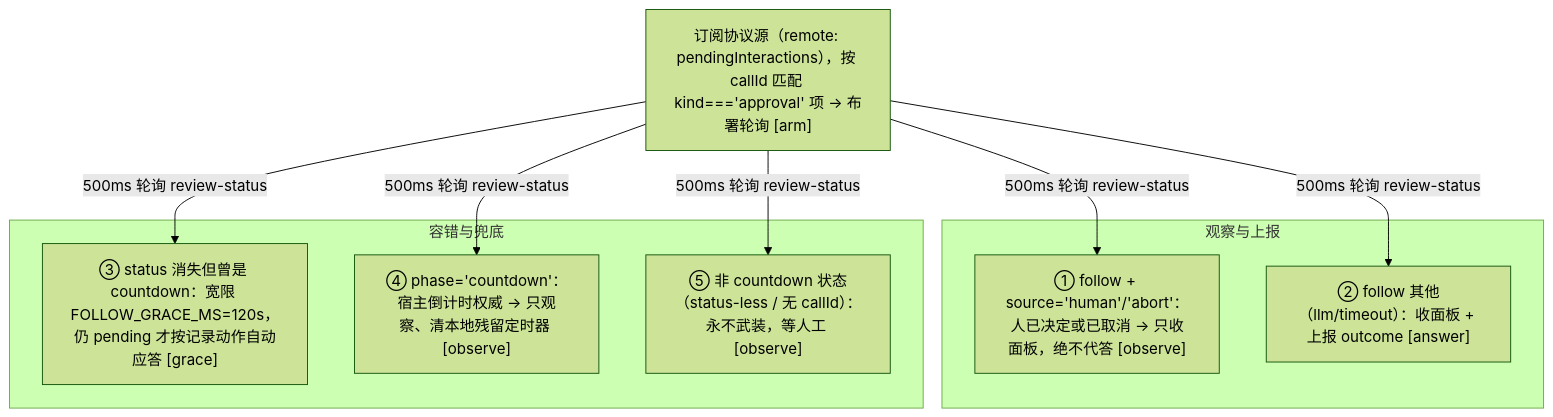
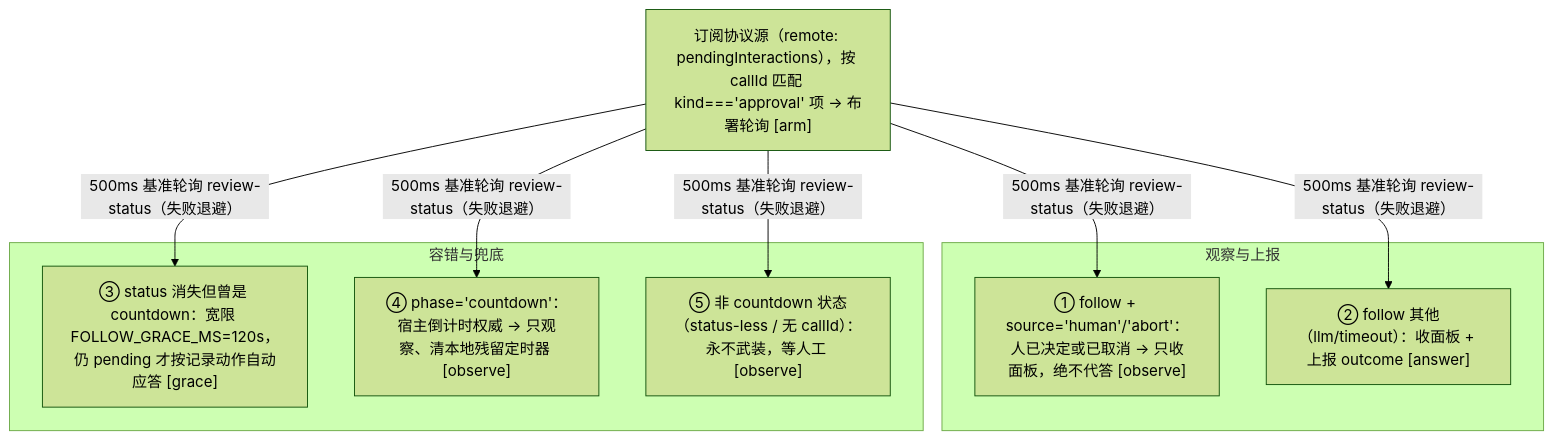
The diagram in docs/10-client-ui.md (cuddly-guacamole/dsh-auto-approval-llm), drawn with Mermaid (forest theme) before and after one commit. The commit also changed other lines of this file and 4 other files, not shown here.

````diff
--- a/docs/10-client-ui.md
+++ b/docs/10-client-ui.md
@@ -23,18 +23,18 @@
 ```mermaid
 flowchart TD
     A["订阅协议源（remote: pendingInteractions），按 callId 匹配 kind==='approval' 项 → 布署轮询 [arm]"]
-    A -->|500ms 轮询 review-status| B1["① follow + source='human'/'abort'：人已决定或已取消 → 只收面板，绝不代答 [observe]"]
-    A -->|500ms 轮询 review-status| B2["② follow 其他（llm/timeout）：收面板 + 上报 outcome [answer]"]
-    A -->|500ms 轮询 review-status| B3["③ status 消失但曾是 countdown：宽限 FOLLOW_GRACE_MS=120s，仍 pending 才按记录动作自动应答 [grace]"]
-    A -->|500ms 轮询 review-status| B4["④ phase='countdown'：宿主倒计时权威 → 只观察、清本地残留定时器 [observe]"]
-    A -->|500ms 轮询 review-status| B5["⑤ 非 countdown 状态（status-less / 无 callId）：永不武装，等人工 [observe]"]
+    A -->|500ms 基准轮询 review-status（失败退避）| B1["① follow + source='human'/'abort'：人已决定或已取消 → 只收面板，绝不代答 [observe]"]
+    A -->|500ms 基准轮询 review-status（失败退避）| B2["② follow 其他（llm/timeout）：收面板 + 上报 outcome [answer]"]
+    A -->|500ms 基准轮询 review-status（失败退避）| B3["③ status 消失但曾是 countdown：宽限 FOLLOW_GRACE_MS=120s，仍 pending 才按记录动作自动应答 [grace]"]
+    A -->|500ms 基准轮询 review-status（失败退避）| B4["④ phase='countdown'：宿主倒计时权威 → 只观察、清本地残留定时器 [observe]"]
+    A -->|500ms 基准轮询 review-status（失败退避）| B5["⑤ 非 countdown 状态（status-less / 无 callId）：永不武装，等人工 [observe]"]
     subgraph GR1["观察与上报"]
         B1
         B2
     end
     subgraph GR2["容错与兜底"]
         B3
         B4
         B5
     end
 ```
````
